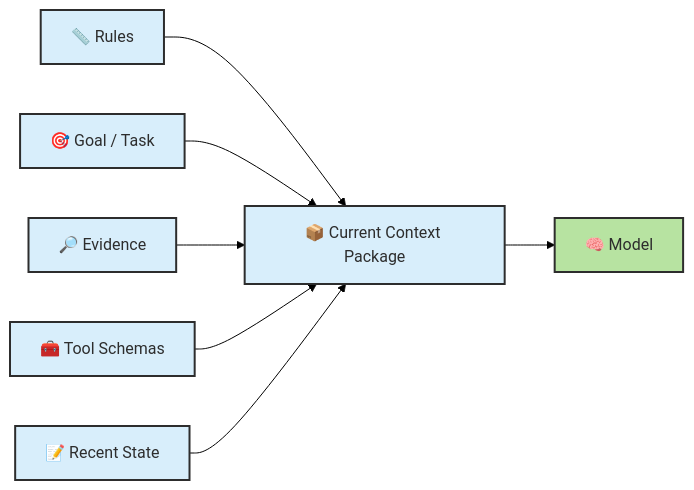
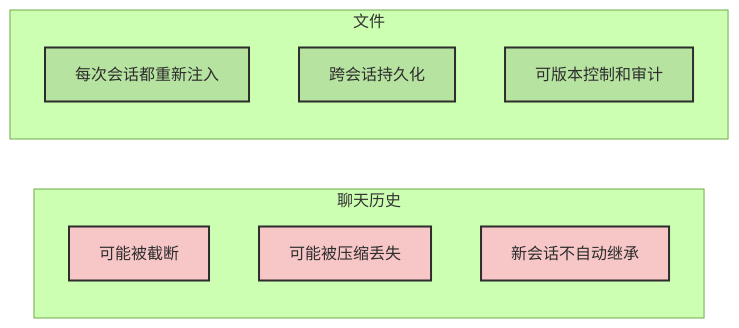
One commit to zht043/AgenticCodingTutorial changed the seventh of 10 diagrams in docs/chapters/ch11-memory-context-harness.md. Above: the diagram before and after it, drawn with Mermaid (forest theme). The commit also changed other lines of this file and 23 other files, not shown here.

````diff
--- a/docs/chapters/ch11-memory-context-harness.md
+++ b/docs/chapters/ch11-memory-context-harness.md
@@ -602,12 +263,17 @@
 ```mermaid
 flowchart LR
-    classDef ctx fill:#d8eefb,stroke:#2d2d2d,stroke-width:2px,color:#2d2d2d
-    classDef llm fill:#b7e3a1,stroke:#2d2d2d,stroke-width:2px,color:#2d2d2d
+    classDef chat fill:#f7c6c7,stroke:#2d2d2d,stroke-width:2px,color:#2d2d2d
+    classDef file fill:#b7e3a1,stroke:#2d2d2d,stroke-width:2px,color:#2d2d2d
 
-    R["📏 Rules"]:::ctx --> C["📦 Current Context Package"]:::ctx
-    G["🎯 Goal / Task"]:::ctx --> C
-    E["🔎 Evidence"]:::ctx --> C
-    T["🧰 Tool Schemas"]:::ctx --> C
-    H["📝 Recent State"]:::ctx --> C
-    C --> M["🧠 Model"]:::llm
+    subgraph 聊天历史
+        C1["可能被截断"]:::chat
+        C2["可能被压缩丢失"]:::chat
+        C3["新会话不自动继承"]:::chat
+    end
+
+    subgraph 文件
+        F1["每次会话都重新注入"]:::file
+        F2["跨会话持久化"]:::file
+        F3["可版本控制和审计"]:::file
+    end
 ```
````
